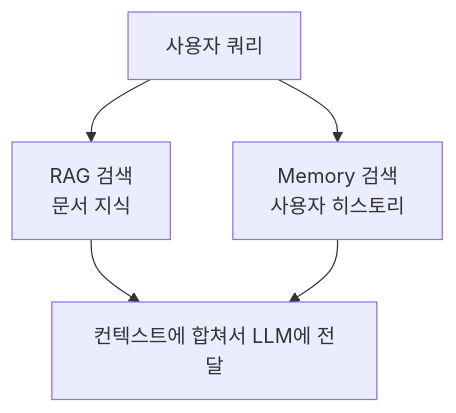
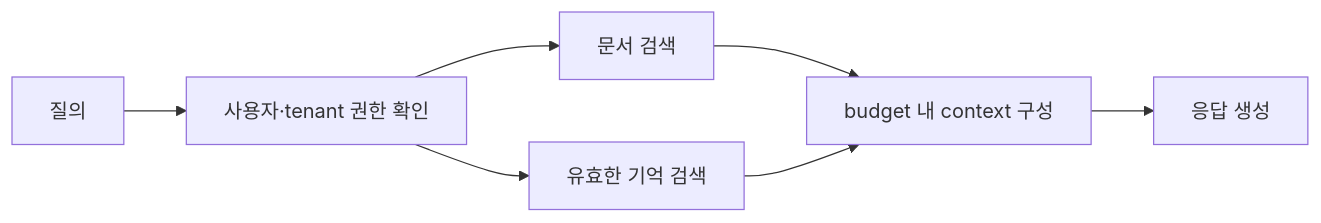
Before and after one commit to TaeHunKim/AIEngineeringLLMWiki: the diagram in wiki/AI/Engineering/Context_Engineering/LLM_Memory.md, drawn with Mermaid. The commit also changed other lines of this file and 48 other files, not shown here.

````diff
--- a/wiki/AI/Engineering/Context_Engineering/LLM_Memory.md
+++ b/wiki/AI/Engineering/Context_Engineering/LLM_Memory.md
@@ -257,7 +68,9 @@
 ```mermaid
-flowchart TD
-    Q[사용자 쿼리] --> R["RAG 검색<br/>문서 지식"]
-    Q --> M["Memory 검색<br/>사용자 히스토리"]
-    R --> C["컨텍스트에 합쳐서 LLM에 전달"]
-    M --> C
+flowchart LR
+    Q[질의] --> ACL["사용자·tenant 권한 확인"]
+    ACL --> DOC["문서 검색"]
+    ACL --> MEM["유효한 기억 검색"]
+    DOC --> CTX["budget 내 context 구성"]
+    MEM --> CTX
+    CTX --> LLM[응답 생성]
 ```
````
